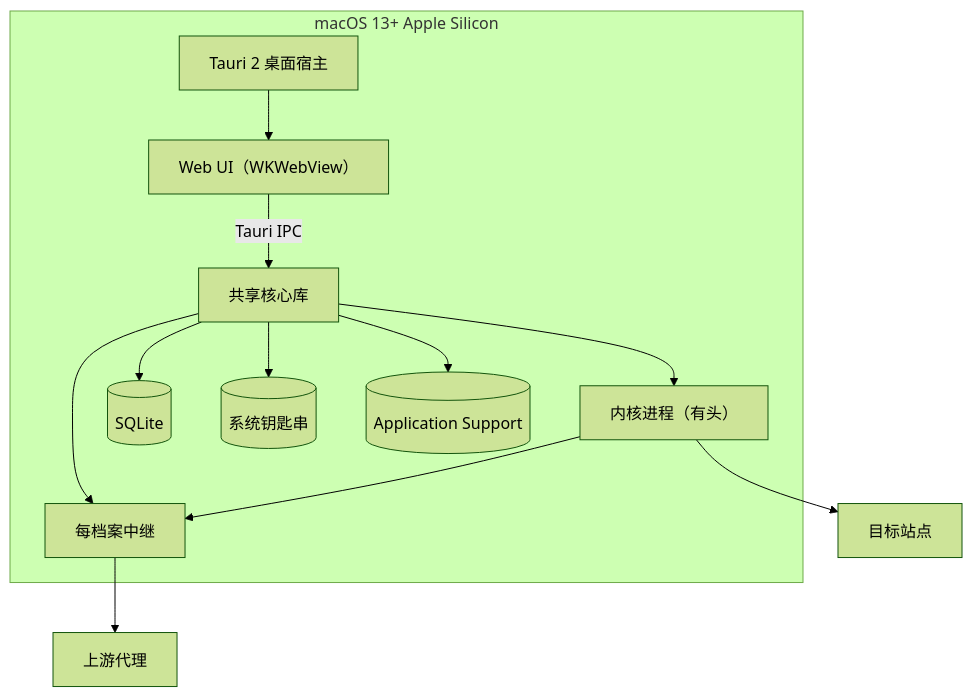
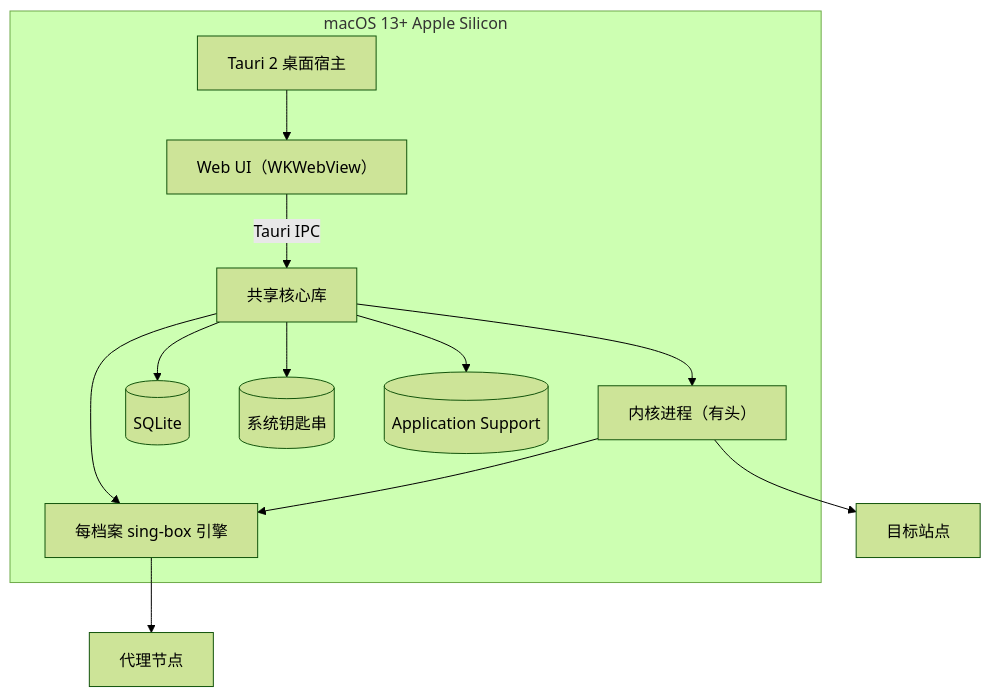
The second of 7 diagrams in docs/ARCHITECTURE.md (IvanLi-CN/mien), drawn with Mermaid (forest theme) before and after one commit. The commit also changed other lines of this file and 25 other files, not shown here.

````diff
--- a/docs/ARCHITECTURE.md
+++ b/docs/ARCHITECTURE.md
@@ -39,23 +41,23 @@
 ```mermaid
 flowchart TB
   subgraph Mac["macOS 13+ Apple Silicon"]
     App["Tauri 2 桌面宿主"]
     UI["Web UI（WKWebView）"]
     Core["共享核心库"]
     Kernel["内核进程（有头）"]
-    Relay["每档案中继"]
+    Proxy["每档案 sing-box 引擎"]
     DB[("SQLite")]
     Keychain[("系统钥匙串")]
     Files[("Application Support")]
     App --> UI
     UI -->|"Tauri IPC"| Core
     Core --> Kernel
-    Core --> Relay
+    Core --> Proxy
     Core --> DB
     Core --> Keychain
     Core --> Files
-    Kernel --> Relay
+    Kernel --> Proxy
   end
-  Relay --> Upstream["上游代理"]
+  Proxy --> Upstream["代理节点"]
   Kernel --> Sites["目标站点"]
 ```
````
